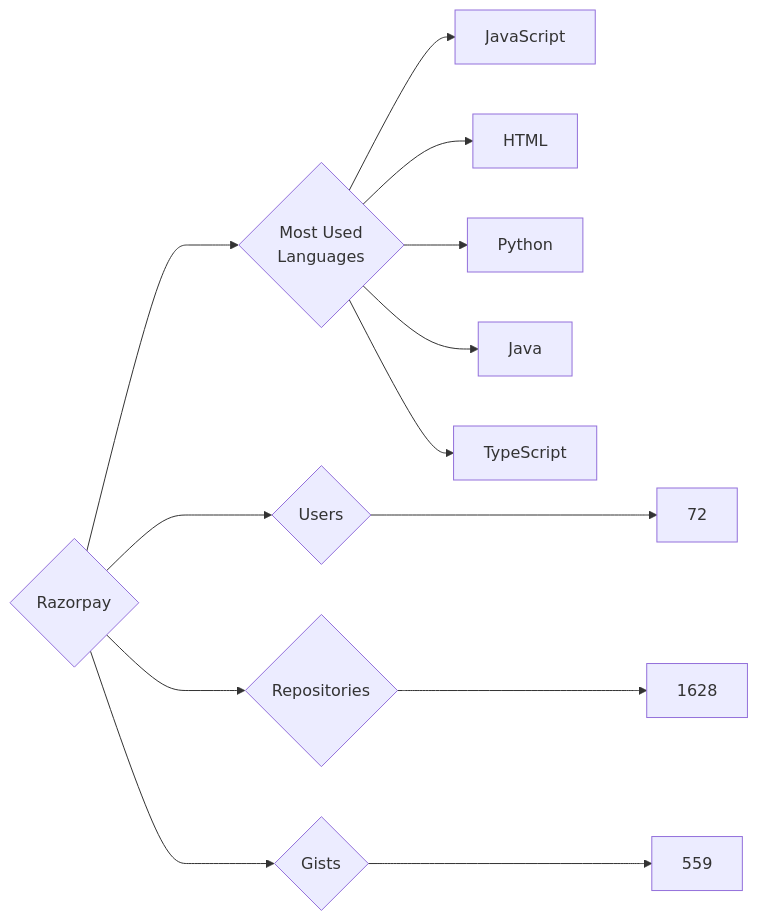
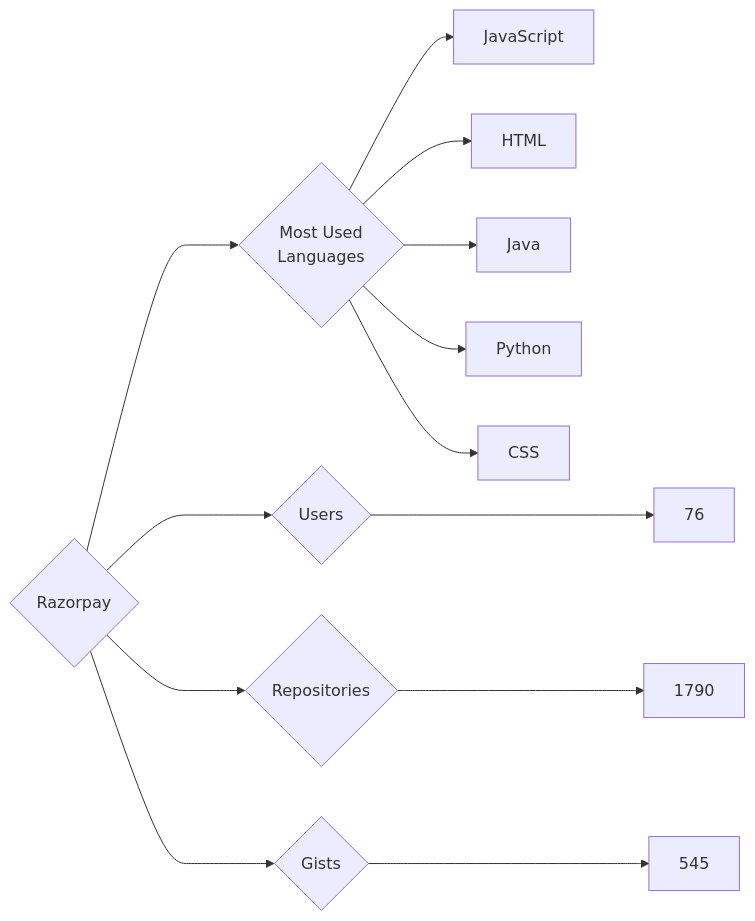
The diagram in targets/Razorpay/README.md (trickest/insiders), drawn with Mermaid before and after one commit. The commit also changed 953 other files, not shown here.

````diff
--- a/targets/Razorpay/README.md
+++ b/targets/Razorpay/README.md
@@ -3,13 +3,13 @@
 ```mermaid
 graph LR
 COMPANY_NAME{Razorpay}
-COMPANY_NAME ---> U{Users} ---> UN[72]
-COMPANY_NAME ---> R{Repositories} ---> RN[1628]
-COMPANY_NAME ---> G{Gists} ---> GN[559]
+COMPANY_NAME ---> U{Users} ---> UN[76]
+COMPANY_NAME ---> R{Repositories} ---> RN[1790]
+COMPANY_NAME ---> G{Gists} ---> GN[545]
 COMPANY_NAME ---> ML{Most Used<br>Languages}
 ML --> JavaScript[JavaScript]
 ML --> HTML[HTML]
+ML --> Java[Java]
 ML --> Python[Python]
-ML --> Java[Java]
-ML --> TypeScript[TypeScript]
+ML --> CSS[CSS]
 ```
````
